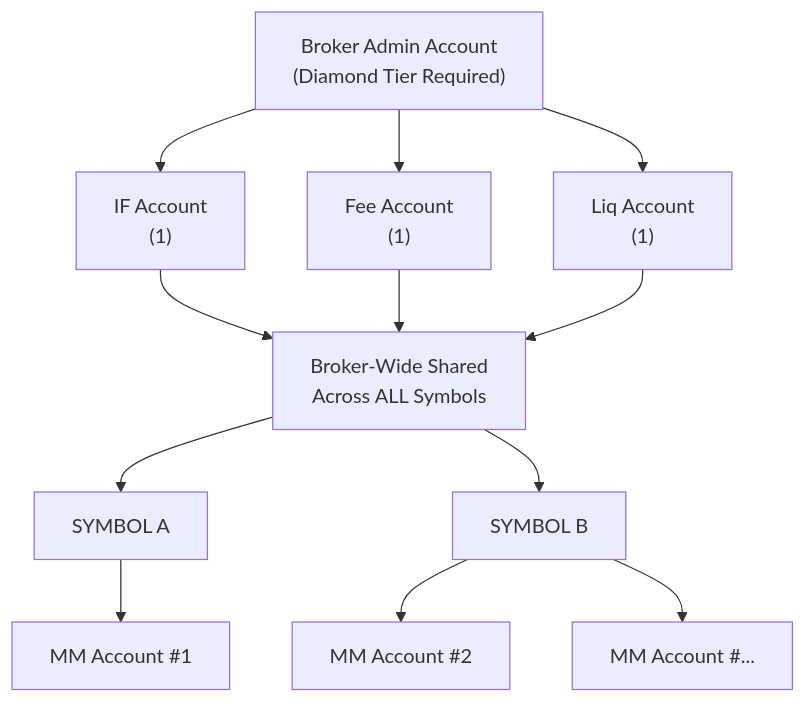
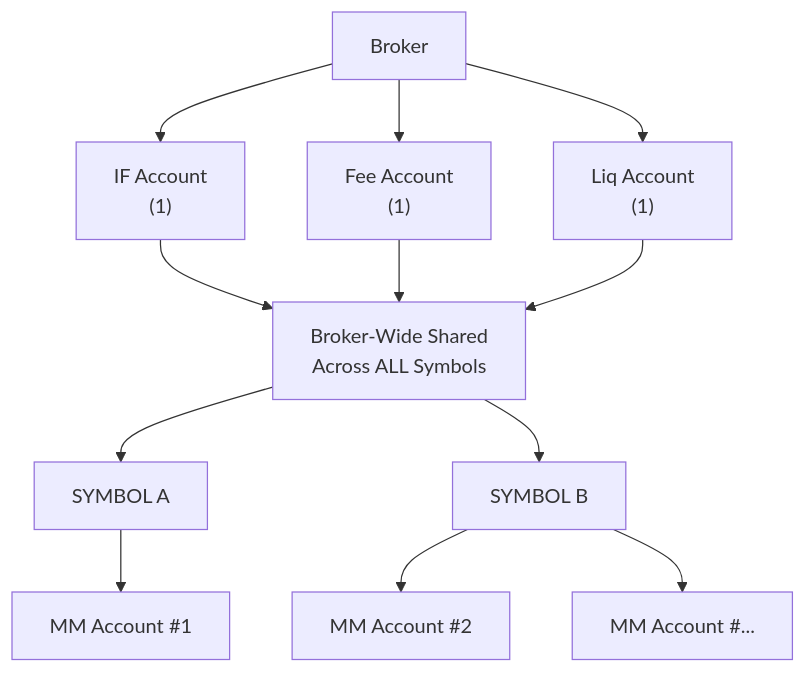
Before and after one commit to arthur-orderly/permissionless-listing: the first of 2 diagrams in Permissionless Listing - Chinese.md, drawn with Mermaid. The commit also changed other lines of this file, not shown here.

````diff
--- a/Permissionless Listing - Chinese.md
+++ b/Permissionless Listing - Chinese.md
@@ -79,23 +85,21 @@
 ```mermaid
 flowchart TB
-  Broker["Broker Admin Account<br>(Diamond Tier Required)"]
-
-  %% Broker-wide Shared Accounts
+  Broker
   Broker --> IF["IF Account<br>(1)"]
   Broker --> Fee["Fee Account<br>(1)"]
   Broker --> Liq["Liq Account<br>(1)"]
 
   %% Explicit Shared Scope
   IF --> Shared["Broker-Wide Shared<br>Across ALL Symbols"]
   Fee --> Shared
   Liq --> Shared
 
   %% Symbols (directly under Shared)
   Shared --> SymA["SYMBOL A"]
   Shared --> SymB["SYMBOL B"]
 
   %% MM Accounts bound per symbol
   SymA --> MM1["MM Account #1"]
   SymB --> MM2["MM Account #2"]
   SymB --> MM3["MM Account #..."]
 ```
````
